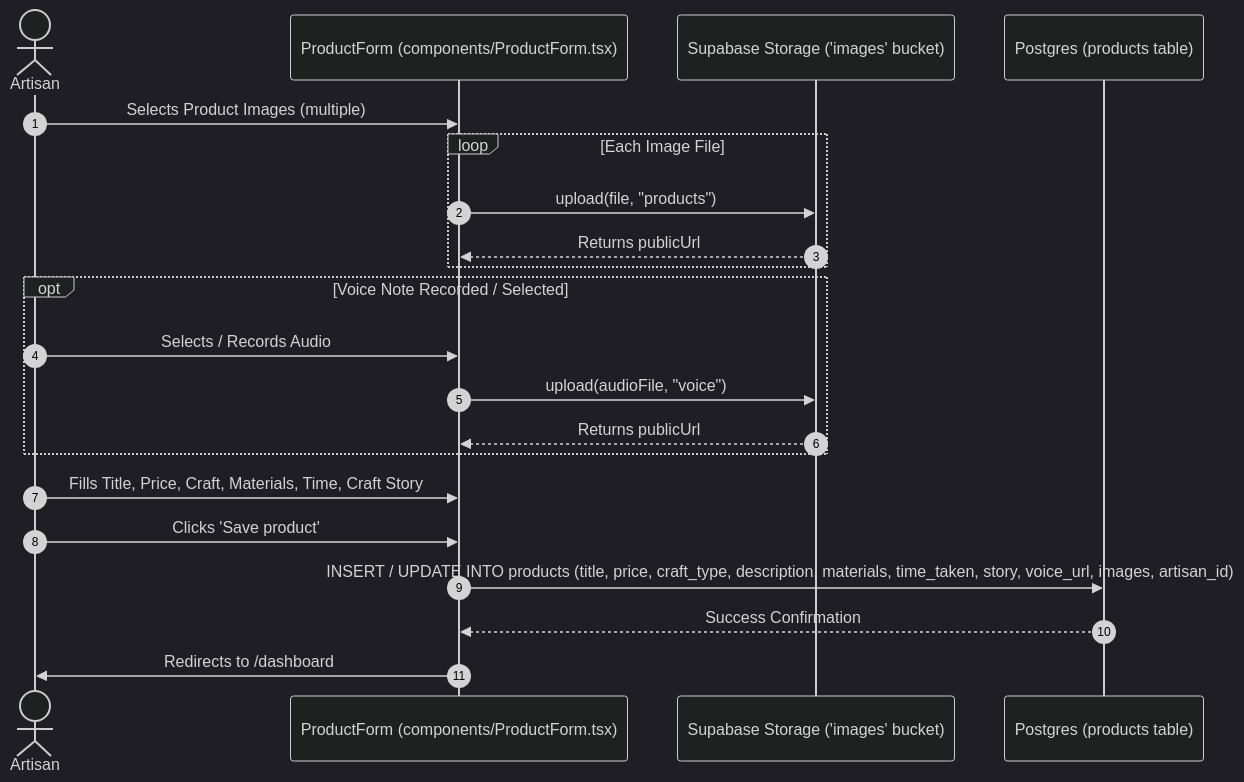
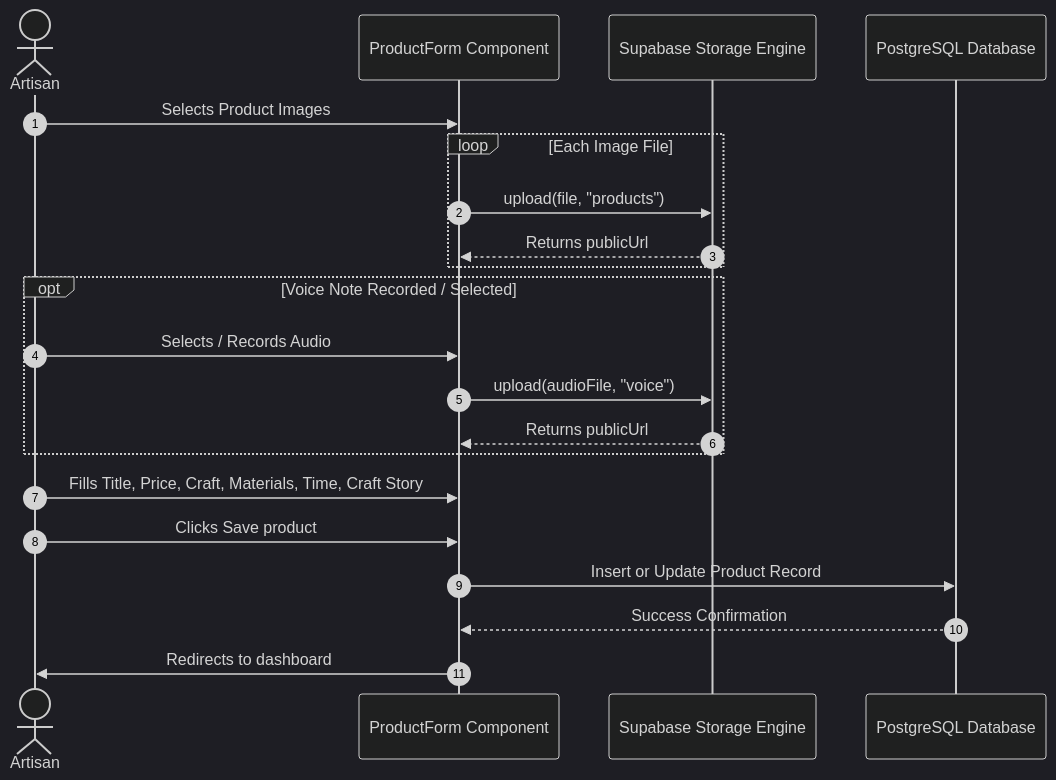
Before and after one commit to maheshwaraks13/KaustiKart: the fifth of 11 diagrams in README.md, drawn with Mermaid (dark theme). The commit also changed other lines of this file, not shown here.

Commit message:
fix: sanitize Mermaid diagram labels and syntax for GitHub renderer

````diff
--- a/README.md
+++ b/README.md
@@ -360,24 +360,24 @@
 ```mermaid
 sequenceDiagram
     autonumber
     actor Artisan as Artisan
-    participant Form as ProductForm (components/ProductForm.tsx)
-    participant Storage as Supabase Storage ('images' bucket)
-    participant DB as Postgres (products table)
+    participant Form as ProductForm Component
+    participant Storage as Supabase Storage Engine
+    participant DB as PostgreSQL Database
 
-    Artisan->>Form: Selects Product Images (multiple)
+    Artisan->>Form: Selects Product Images
     loop Each Image File
         Form->>Storage: upload(file, "products")
         Storage-->>Form: Returns publicUrl
     end
     opt Voice Note Recorded / Selected
         Artisan->>Form: Selects / Records Audio
         Form->>Storage: upload(audioFile, "voice")
         Storage-->>Form: Returns publicUrl
     end
     Artisan->>Form: Fills Title, Price, Craft, Materials, Time, Craft Story
-    Artisan->>Form: Clicks 'Save product'
-    Form->>DB: INSERT / UPDATE INTO products (title, price, craft_type, description, materials, time_taken, story, voice_url, images, artisan_id)
+    Artisan->>Form: Clicks Save product
+    Form->>DB: Insert or Update Product Record
     DB-->>Form: Success Confirmation
-    Form->>Artisan: Redirects to /dashboard
+    Form->>Artisan: Redirects to dashboard
 ```
````
